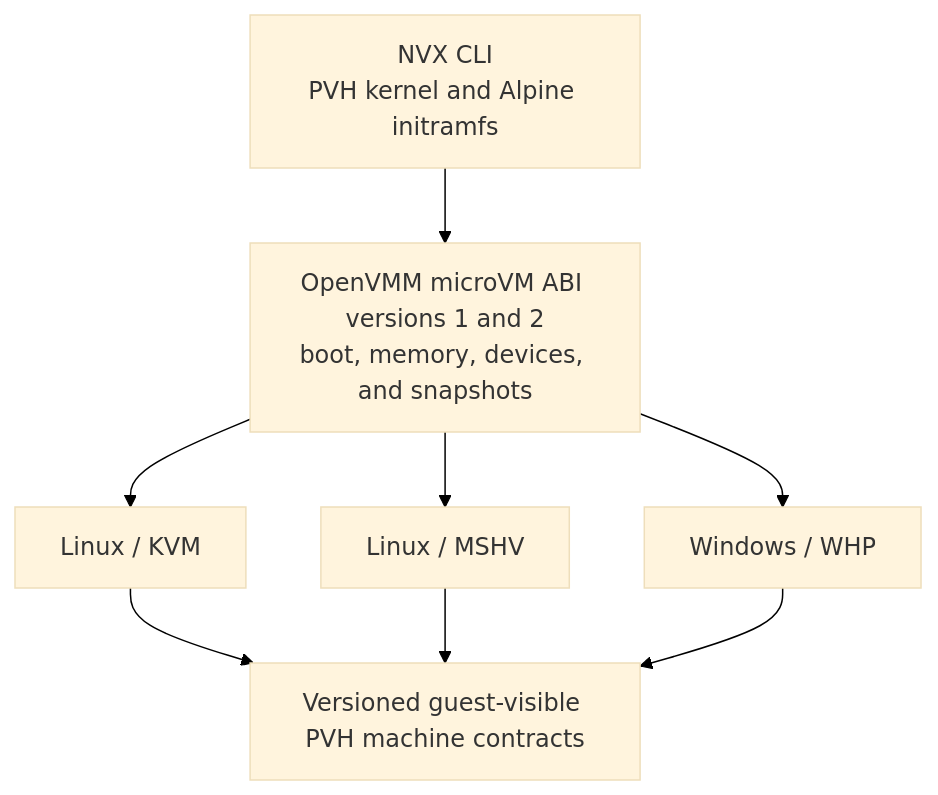
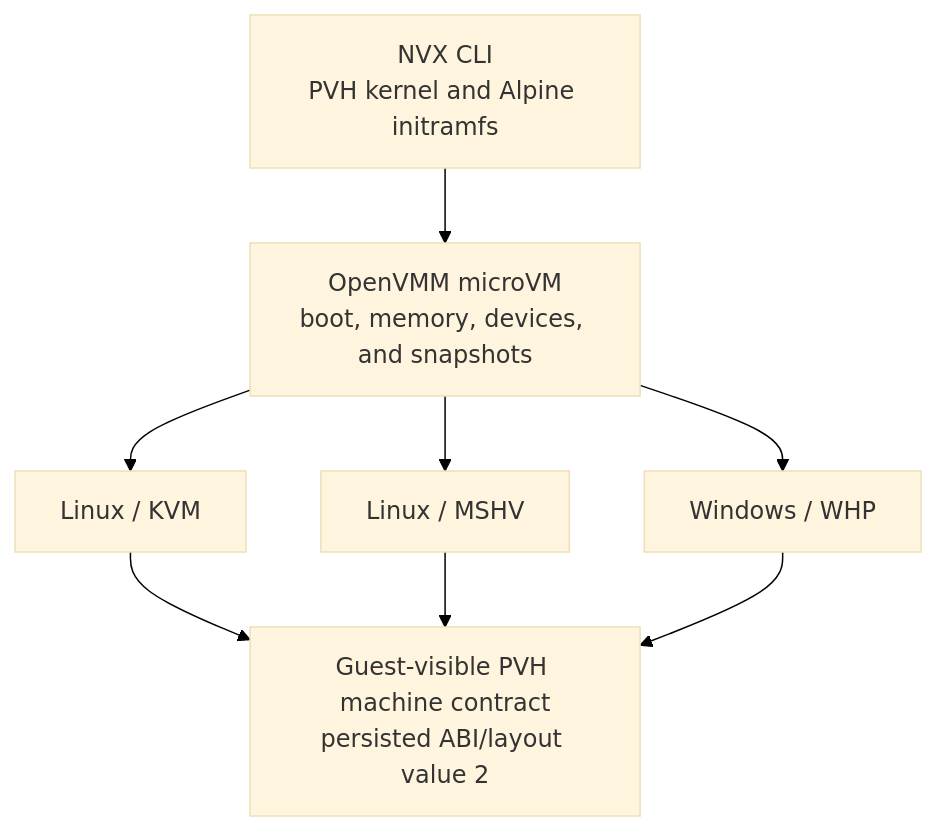
The first of 7 diagrams in doc/design.md (microsoft/nvx), drawn with Mermaid before and after one commit. The commit also changed other lines of this file and 11 other files, not shown here.

Commit message:
microvm: use the canonical ABI v2 profile

````diff
--- a/doc/design.md
+++ b/doc/design.md
@@ -34,18 +33,18 @@
 ```mermaid
 %%{init: {"theme": "base", "themeVariables": {"background": "#ffffff"}}}%%
 flowchart TB
    Inputs["NVX CLI<br/>PVH kernel and Alpine initramfs"]
-   Profile["OpenVMM microVM ABI versions 1 and 2<br/>boot, memory, devices, and snapshots"]
+   Profile["OpenVMM microVM<br/>boot, memory, devices, and snapshots"]
    Kvm["Linux / KVM"]
    Mshv["Linux / MSHV"]
    Whp["Windows / WHP"]
-   Contract["Versioned guest-visible PVH machine contracts"]
+   Contract["Guest-visible PVH machine contract<br/>persisted ABI/layout value 2"]
 
    Inputs --> Profile
    Profile --> Kvm
    Profile --> Mshv
    Profile --> Whp
    Kvm --> Contract
    Mshv --> Contract
    Whp --> Contract
 ```
````
